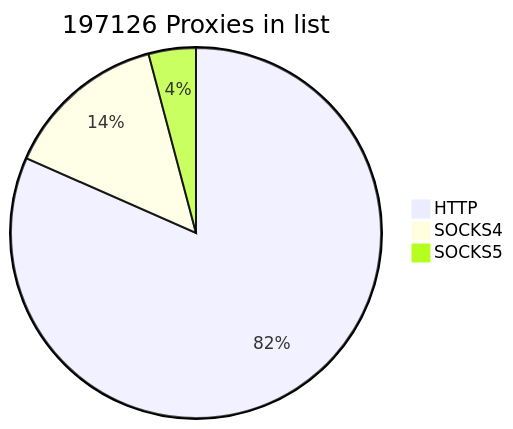
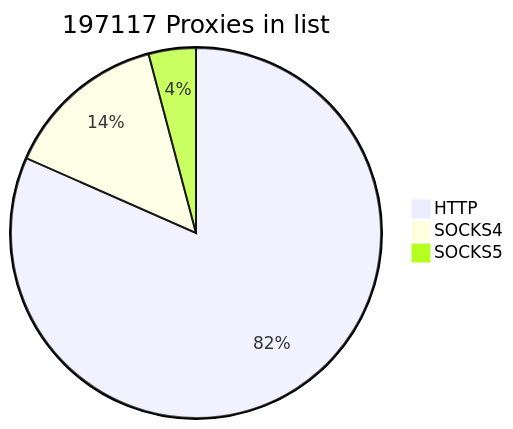
One commit to cutipu/proxylist changed the first of 2 diagrams in README.md. Above: the diagram before and after it, drawn with Mermaid. The commit also changed other lines of this file, not shown here.

````diff
--- a/README.md
+++ b/README.md
@@ -2,7 +2,7 @@
 ```mermaid
-pie title 197126 Proxies in list
-    "HTTP" : 160873
-    "SOCKS4" : 28122
-    "SOCKS5" : 8131
+pie title 197117 Proxies in list
+    "HTTP" : 160872
+    "SOCKS4" : 28120
+    "SOCKS5" : 8125
             
 ```
````
